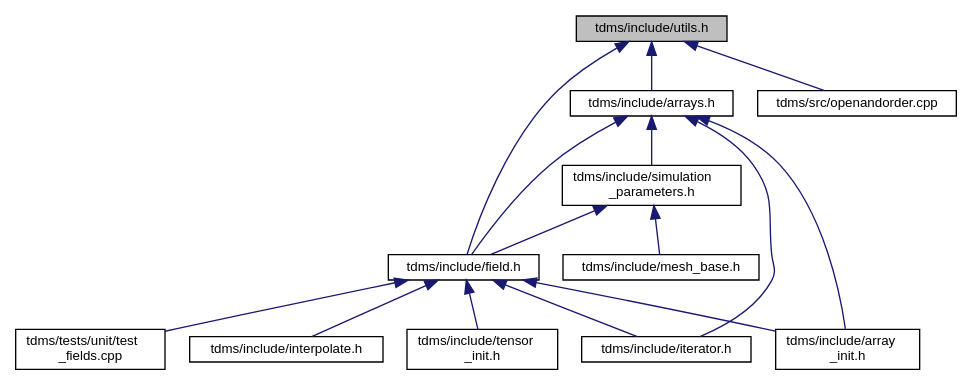
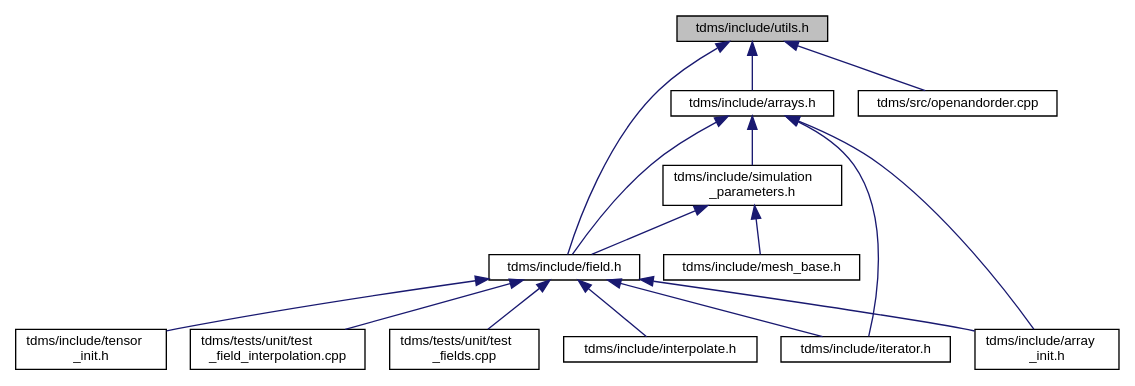
One commit to UCL/TDMS changed the diagram in utils_8h__dep__incl.dot. Above: the diagram before and after it, drawn with Graphviz. The commit also changed 173 other files, not shown here.

```diff
--- a/utils_8h__dep__incl.dot
+++ b/utils_8h__dep__incl.dot
@@ -1,31 +1,33 @@
 digraph "tdms/include/utils.h"
 {
  // LATEX_PDF_SIZE
   edge [fontname="Helvetica",fontsize="10",labelfontname="Helvetica",labelfontsize="10"];
   node [fontname="Helvetica",fontsize="10",shape=record];
   Node1 [label="tdms/include/utils.h",height=0.2,width=0.4,color="black", fillcolor="grey75", style="filled", fontcolor="black",tooltip="Useful miscellaneous utility functions."];
   Node1 -> Node2 [dir="back",color="midnightblue",fontsize="10",style="solid",fontname="Helvetica"];
   Node2 [label="tdms/include/arrays.h",height=0.2,width=0.4,color="black", fillcolor="white", style="filled",URL="$arrays_8h.html",tooltip="Classes describing arrays, vertices etc."];
   Node2 -> Node3 [dir="back",color="midnightblue",fontsize="10",style="solid",fontname="Helvetica"];
   Node3 [label="tdms/include/array\l_init.h",height=0.2,width=0.4,color="black", fillcolor="white", style="filled",URL="$array__init_8h.html",tooltip="A collection of functions for array initialisation given MATLAB pointers."];
   Node2 -> Node4 [dir="back",color="midnightblue",fontsize="10",style="solid",fontname="Helvetica"];
   Node4 [label="tdms/include/field.h",height=0.2,width=0.4,color="black", fillcolor="white", style="filled",URL="$field_8h.html",tooltip="Classes for the electric and magnetic (split) fields on a grid."];
   Node4 -> Node3 [dir="back",color="midnightblue",fontsize="10",style="solid",fontname="Helvetica"];
   Node4 -> Node5 [dir="back",color="midnightblue",fontsize="10",style="solid",fontname="Helvetica"];
   Node5 [label="tdms/include/interpolate.h",height=0.2,width=0.4,color="black", fillcolor="white", style="filled",URL="$interpolate_8h.html",tooltip="Interpolation of field values within FDTD grid."];
   Node4 -> Node6 [dir="back",color="midnightblue",fontsize="10",style="solid",fontname="Helvetica"];
   Node6 [label="tdms/include/iterator.h",height=0.2,width=0.4,color="black", fillcolor="white", style="filled",URL="$iterator_8h.html",tooltip="The main time propogation algorithm."];
   Node4 -> Node7 [dir="back",color="midnightblue",fontsize="10",style="solid",fontname="Helvetica"];
   Node7 [label="tdms/include/tensor\l_init.h",height=0.2,width=0.4,color="black", fillcolor="white", style="filled",URL="$tensor__init_8h_source.html",tooltip=" "];
   Node4 -> Node8 [dir="back",color="midnightblue",fontsize="10",style="solid",fontname="Helvetica"];
-  Node8 [label="tdms/tests/unit/test\l_fields.cpp",height=0.2,width=0.4,color="black", fillcolor="white", style="filled",URL="$test__fields_8cpp.html",tooltip="Test of the Field class and subclasses."];
-  Node2 -> Node9 [dir="back",color="midnightblue",fontsize="10",style="solid",fontname="Helvetica"];
-  Node9 [label="tdms/include/simulation\l_parameters.h",height=0.2,width=0.4,color="black", fillcolor="white", style="filled",URL="$simulation__parameters_8h.html",tooltip="Classes collecting parameters for the simulation."];
-  Node9 -> Node4 [dir="back",color="midnightblue",fontsize="10",style="solid",fontname="Helvetica"];
-  Node9 -> Node10 [dir="back",color="midnightblue",fontsize="10",style="solid",fontname="Helvetica"];
-  Node10 [label="tdms/include/mesh_base.h",height=0.2,width=0.4,color="black", fillcolor="white", style="filled",URL="$mesh__base_8h.html",tooltip="TODO: what are these functions?"];
+  Node8 [label="tdms/tests/unit/test\l_field_interpolation.cpp",height=0.2,width=0.4,color="black", fillcolor="white", style="filled",URL="$test__field__interpolation_8cpp.html",tooltip="Tests interpolation of E- and H-fields and compares the errors against MATLAB benchmarks."];
+  Node4 -> Node9 [dir="back",color="midnightblue",fontsize="10",style="solid",fontname="Helvetica"];
+  Node9 [label="tdms/tests/unit/test\l_fields.cpp",height=0.2,width=0.4,color="black", fillcolor="white", style="filled",URL="$test__fields_8cpp.html",tooltip="Test of the Field class and subclasses."];
+  Node2 -> Node10 [dir="back",color="midnightblue",fontsize="10",style="solid",fontname="Helvetica"];
+  Node10 [label="tdms/include/simulation\l_parameters.h",height=0.2,width=0.4,color="black", fillcolor="white", style="filled",URL="$simulation__parameters_8h.html",tooltip="Classes collecting parameters for the simulation."];
+  Node10 -> Node4 [dir="back",color="midnightblue",fontsize="10",style="solid",fontname="Helvetica"];
+  Node10 -> Node11 [dir="back",color="midnightblue",fontsize="10",style="solid",fontname="Helvetica"];
+  Node11 [label="tdms/include/mesh_base.h",height=0.2,width=0.4,color="black", fillcolor="white", style="filled",URL="$mesh__base_8h.html",tooltip="TODO: what are these functions?"];
   Node2 -> Node6 [dir="back",color="midnightblue",fontsize="10",style="solid",fontname="Helvetica"];
   Node1 -> Node4 [dir="back",color="midnightblue",fontsize="10",style="solid",fontname="Helvetica"];
-  Node1 -> Node11 [dir="back",color="midnightblue",fontsize="10",style="solid",fontname="Helvetica"];
-  Node11 [label="tdms/src/openandorder.cpp",height=0.2,width=0.4,color="black", fillcolor="white", style="filled",URL="$openandorder_8cpp.html",tooltip="Launch and file IO."];
+  Node1 -> Node12 [dir="back",color="midnightblue",fontsize="10",style="solid",fontname="Helvetica"];
+  Node12 [label="tdms/src/openandorder.cpp",height=0.2,width=0.4,color="black", fillcolor="white", style="filled",URL="$openandorder_8cpp.html",tooltip="Launch and file IO."];
 }
```
